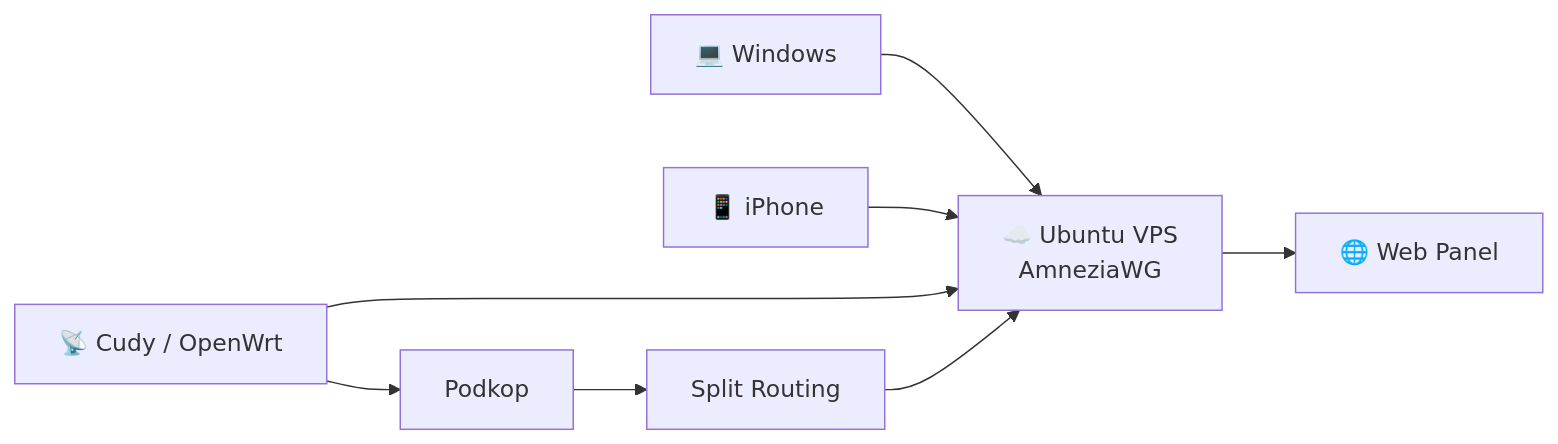
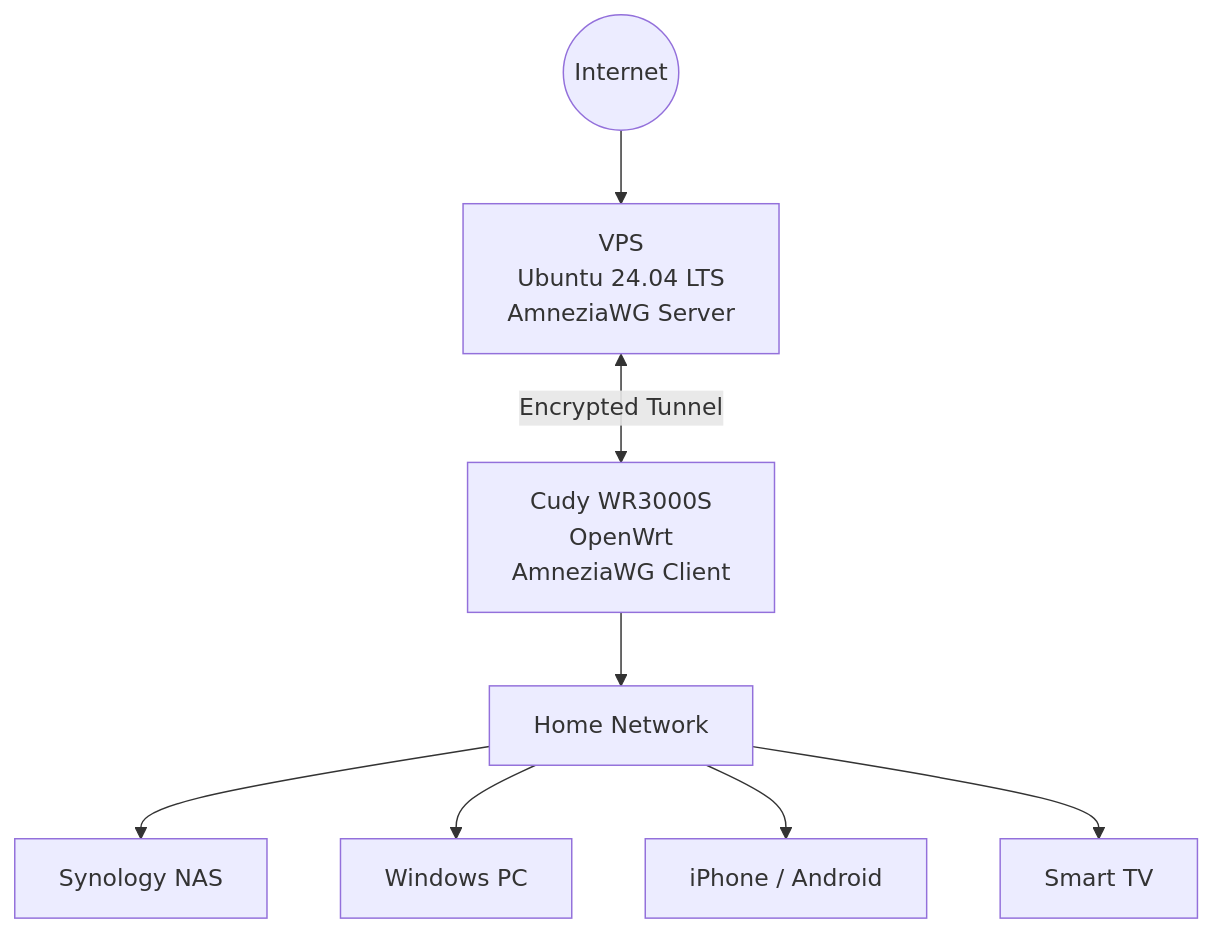
Before and after one commit to mannaro/amneziawg-selfhost: the diagram in README.md, drawn with Mermaid. The commit also changed other lines of this file, not shown here.

Commit message:
Add architecture diagram to README

````diff
--- a/README.md
+++ b/README.md
@@ -31,21 +33,30 @@
 ```mermaid
-graph LR
+flowchart TB
 
-PC["💻 Windows"]
-IOS["📱 iPhone"]
-CUDY["📡 Cudy / OpenWrt"]
+    Internet((Internet))
 
-PC --> VPS
-IOS --> VPS
-CUDY --> VPS
+    VPS["VPS<br/>Ubuntu 24.04 LTS<br/>AmneziaWG Server"]
 
-VPS["☁️ Ubuntu VPS<br/>AmneziaWG"]
+    Router["Cudy WR3000S<br/>OpenWrt<br/>AmneziaWG Client"]
 
-VPS --> PANEL["🌐 Web Panel"]
+    LAN["Home Network"]
 
-CUDY --> PODKOP["Podkop"]
+    NAS["Synology NAS"]
 
-PODKOP --> SPLIT["Split Routing"]
+    PC["Windows PC"]
 
-SPLIT --> VPS
+    Mobile["iPhone / Android"]
+
+    TV["Smart TV"]
+
+    Internet --> VPS
+
+    VPS <-->|Encrypted Tunnel| Router
+
+    Router --> LAN
+
+    LAN --> NAS
+    LAN --> PC
+    LAN --> Mobile
+    LAN --> TV
 ```
````
